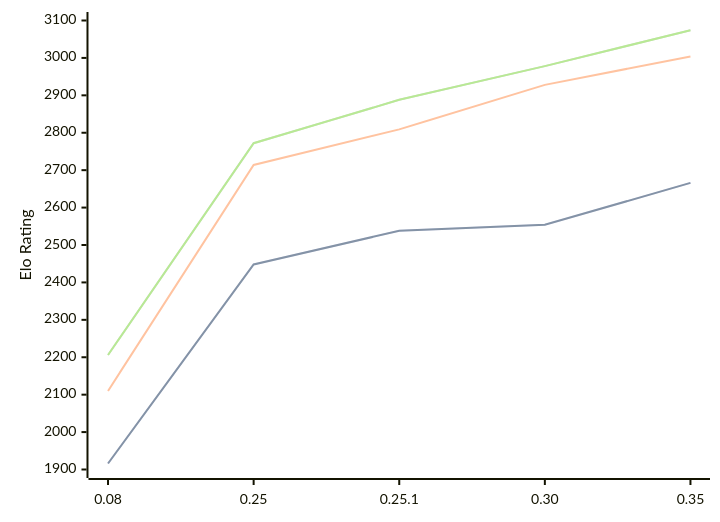
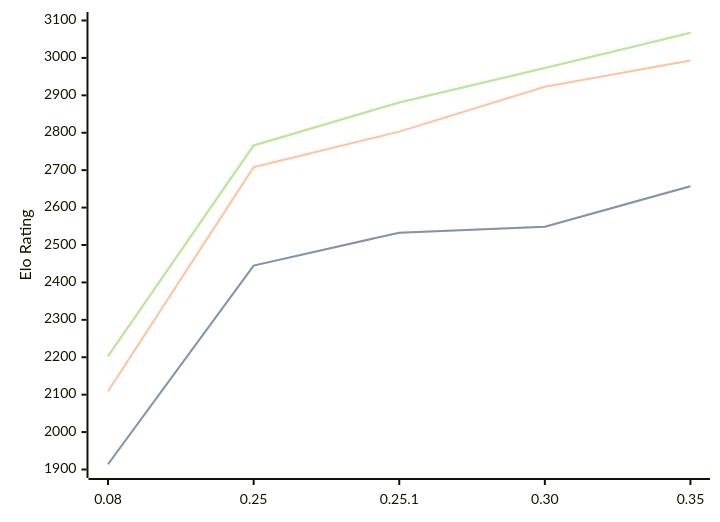
One commit to computer-chess-index/cci changed the diagram in engines/Gecko.md. Above: the diagram before and after it, drawn with Mermaid. The commit also changed other lines of this file, not shown here.

Commit message:
Update CCI Ratings (ELO VLTC) - 2026-05-18

````diff
--- a/engines/Gecko.md
+++ b/engines/Gecko.md
@@ -35,11 +35,11 @@
 ```mermaid
 %%{init: {"theme":"base","themeVariables":{"seriesColors:['#a3a3a3','#222221','#faa371']}}}%%
 xychart-beta
   x-axis ["0.08", "0.25", "0.25.1", "0.30", "0.35"]
   y-axis "Elo Rating" 1900 --> 3100
-  line "STC (8.0+0.08s)" [1916, 2448, 2538, 2554, 2666]
-  line "STC (8.0+0.08s)" [1916, 2448, 2538, 2554, 2666]
-  line "LTC (60.0+0.60s)" [2110, 2714, 2809, 2928, 3004]
-  line "VLTC (2m24s+1.12s)" [2206, 2772, 2888, 2978, 3074]
-  line "VLTC (2m24s+1.12s)" [2206, 2772, 2888, 2978, 3074]
+  line "STC (8.0+0.08s)" [1914, 2445, 2533, 2549, 2657]
+  line "STC (8.0+0.08s)" [1914, 2445, 2533, 2549, 2657]
+  line "LTC (60.0+0.60s)" [2109, 2708, 2803, 2923, 2993]
+  line "VLTC (2m24s+1.12s)" [2203, 2766, 2881, 2973, 3067]
+  line "VLTC (2m24s+1.12s)" [2203, 2766, 2881, 2973, 3067]
 ```
````
